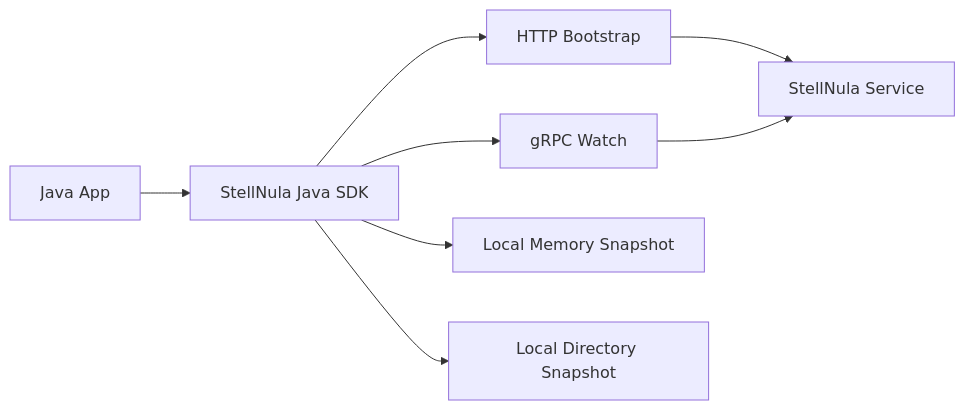
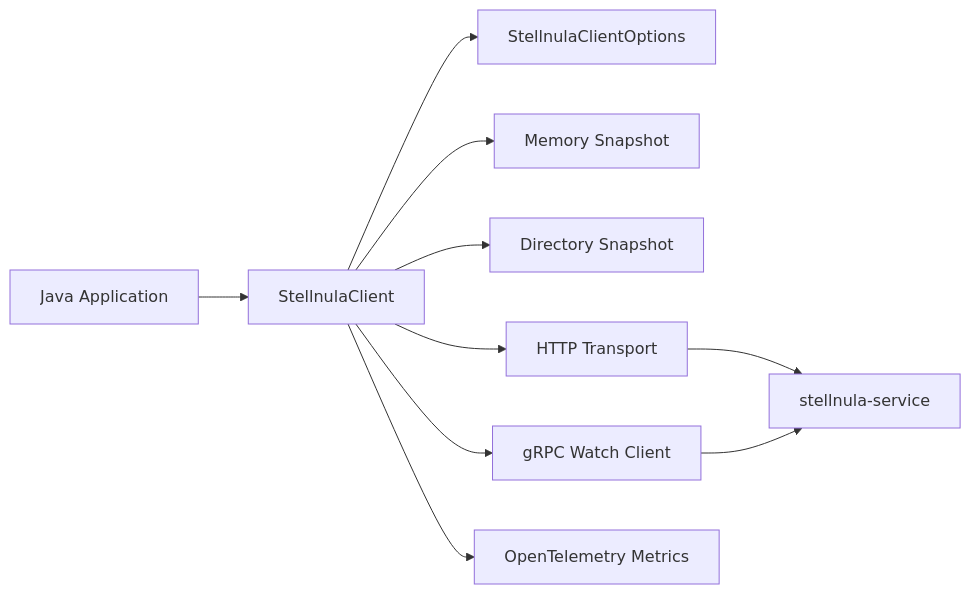
The first of 3 diagrams in README.md (stellhub/stellnula-java-sdk), drawn with Mermaid before and after one commit. The commit also changed other lines of this file, not shown here.

First line of the commit message:
docs: expand bilingual SDK documentation

````diff
--- a/README.md
+++ b/README.md
@@ -47,10 +77,12 @@
 ```mermaid
 flowchart LR
-    App[Java App] --> SDK[StellNula Java SDK]
-    SDK --> HTTP[HTTP Bootstrap]
-    SDK --> Watch[gRPC Watch]
-    SDK --> Memory[Local Memory Snapshot]
-    SDK --> File[Local Directory Snapshot]
-    HTTP --> Service[StellNula Service]
-    Watch --> Service
+    App["Java Application"] --> Client["StellnulaClient"]
+    Client --> Options["StellnulaClientOptions"]
+    Client --> Cache["Memory Snapshot"]
+    Client --> Store["Directory Snapshot"]
+    Client --> Http["HTTP Transport"]
+    Client --> Grpc["gRPC Watch Client"]
+    Client --> Telemetry["OpenTelemetry Metrics"]
+    Http --> Service["stellnula-service"]
+    Grpc --> Service
 ```
````
